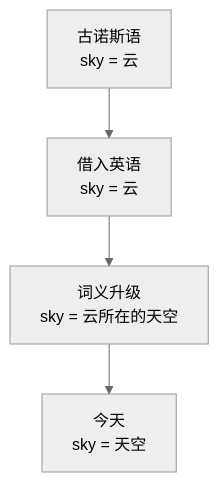
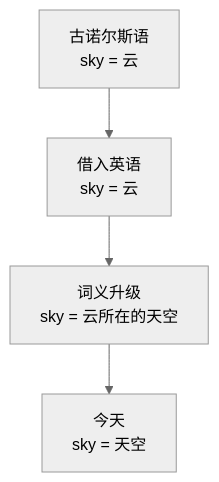
Before and after one commit to swiftczz/roots-affixes-book: the fourth of 6 diagrams in 04-日耳曼之骨/第21章-维京人留下的词.md, drawn with Mermaid (neutral theme). The commit also changed other lines of this file and 13 other files, not shown here.

````diff
--- a/04-日耳曼之骨/第21章-维京人留下的词.md
+++ b/04-日耳曼之骨/第21章-维京人留下的词.md
@@ -102,6 +102,6 @@
 ```mermaid
 flowchart TD
-    ON["古诺斯语<br/>sky = 云"] --> BOR["借入英语<br/>sky = 云"]
+    ON["古诺尔斯语<br/>sky = 云"] --> BOR["借入英语<br/>sky = 云"]
     BOR --> UP["词义升级<br/>sky = 云所在的天空"]
     UP --> TODAY["今天<br/>sky = 天空"]
 ```
````
